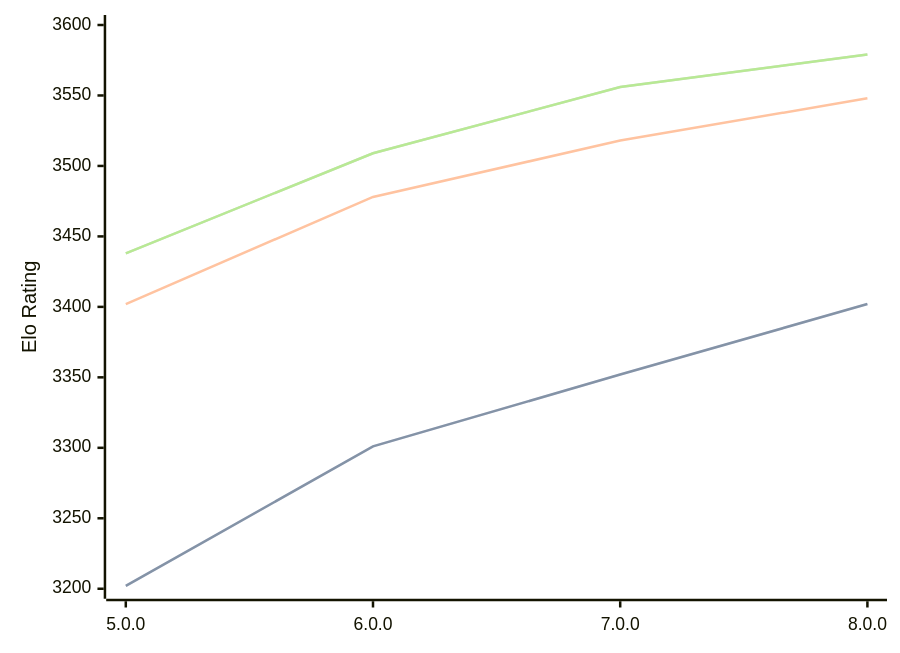
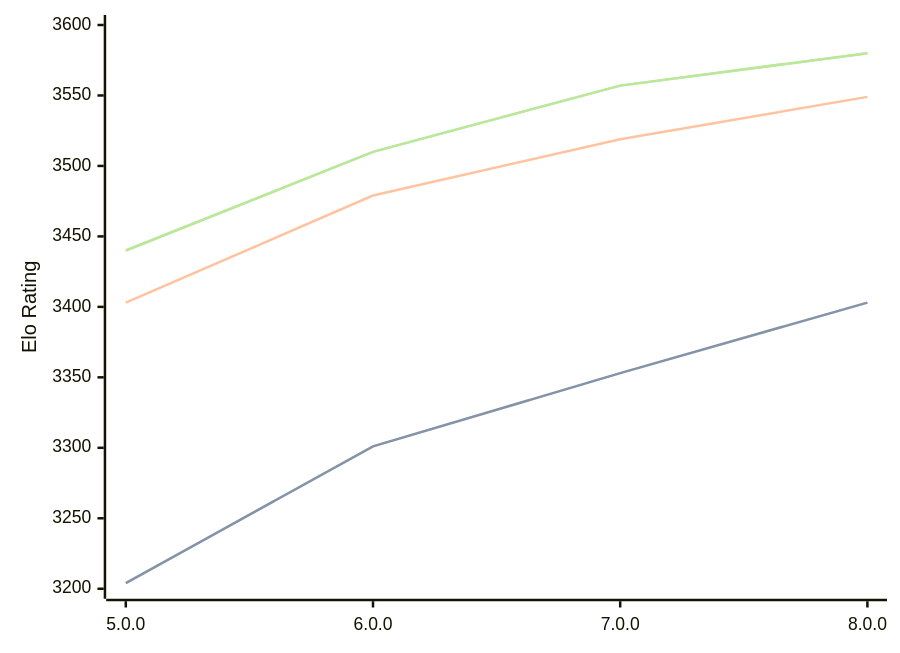
The diagram in engines/Stormphrax.md (computer-chess-index/cci), drawn with Mermaid before and after one commit. The commit also changed other lines of this file, not shown here.

Commit message:
Update CCI Ratings (ELO VLTC) - 2026-09-08

````diff
--- a/engines/Stormphrax.md
+++ b/engines/Stormphrax.md
@@ -34,11 +34,11 @@
 ```mermaid
 %%{init: {"theme":"base","themeVariables":{"seriesColors:['#a3a3a3','#222221','#faa371']}}}%%
 xychart-beta
   x-axis ["5.0.0", "6.0.0", "7.0.0", "8.0.0"]
   y-axis "Elo Rating" 3200 --> 3600
-  line "" [3202, 3301, 3352, 3402]
-  line "STC (8.0+0.08s)" [3202, 3301, 3352, 3402]
-  line "LTC (60.0+0.60s)" [3402, 3478, 3518, 3548]
-  line "" [3438, 3509, 3556, 3579]
-  line "VLTC (2m24s+1.12s)" [3438, 3509, 3556, 3579]
+  line "" [3204, 3301, 3353, 3403]
+  line "STC (8.0+0.08s)" [3204, 3301, 3353, 3403]
+  line "LTC (60.0+0.60s)" [3403, 3479, 3519, 3549]
+  line "" [3440, 3510, 3557, 3580]
+  line "VLTC (2m24s+1.12s)" [3440, 3510, 3557, 3580]
 ```
````
